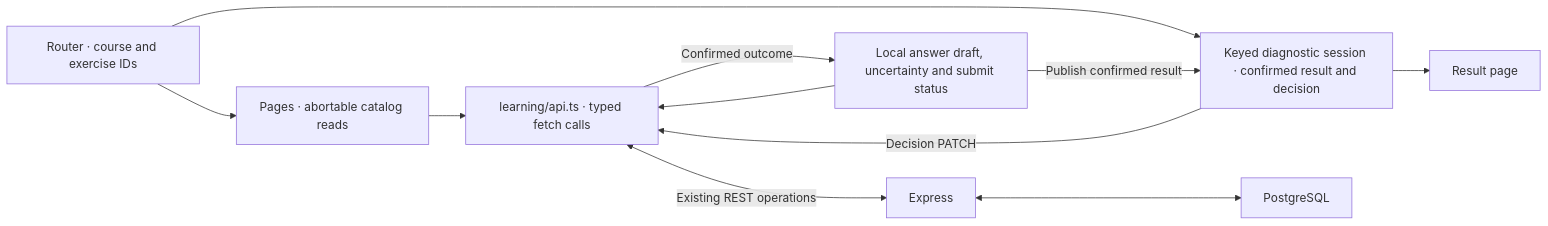
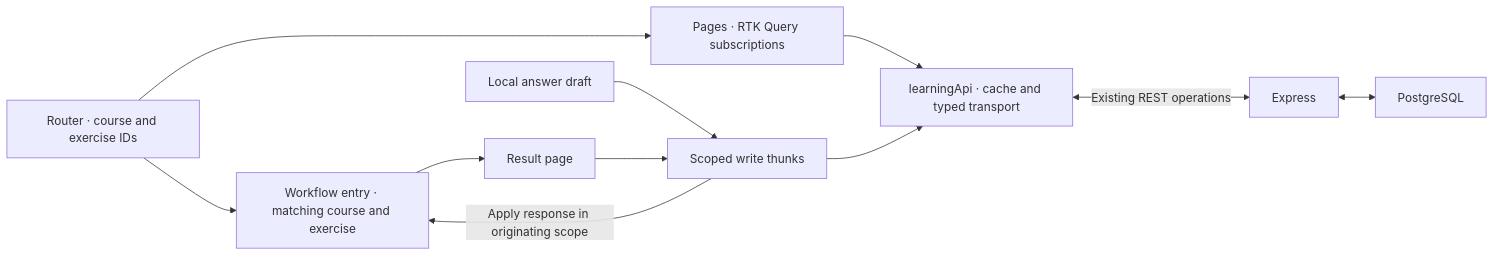
The third of 3 diagrams in docs/frontend/ARCHITECTURE.md (Andrew-web-dev-coder/ai-learning-recommendation-assistant), drawn with Mermaid before and after one commit. The commit also changed other lines of this file and 24 other files, not shown here.

Commit message:
feat(frontend): implement Stage 3 advanced state management and RTK Query

````diff
--- a/docs/frontend/ARCHITECTURE.md
+++ b/docs/frontend/ARCHITECTURE.md
@@ -65,13 +65,13 @@
 ```mermaid
 flowchart LR
-    URL["Router · course and exercise IDs"] --> Read["Pages · abortable catalog reads"]
-    URL --> Session["Keyed diagnostic session · confirmed result and decision"]
-    Form["Local answer draft, uncertainty and submit status"] --> Transport["learning/api.ts · typed fetch calls"]
-    Read --> Transport
-    Session -->|Decision PATCH| Transport
+    URL["Router · course and exercise IDs"] --> Read["Pages · RTK Query subscriptions"]
+    URL --> Session["Workflow entry · matching course and exercise"]
+    Form["Local answer draft"] --> Workflow["Scoped write thunks"]
+    Result["Result page"] --> Workflow
+    Read --> Transport["learningApi · cache and typed transport"]
+    Workflow --> Transport
     Transport <-->|"Existing REST operations"| Express["Express"]
     Express <--> DB["PostgreSQL"]
-    Transport -->|Confirmed outcome| Form
-    Form -->|Publish confirmed result| Session
-    Session --> Result["Result page"]
+    Workflow -->|Apply response in originating scope| Session
+    Session --> Result
 ```
````
